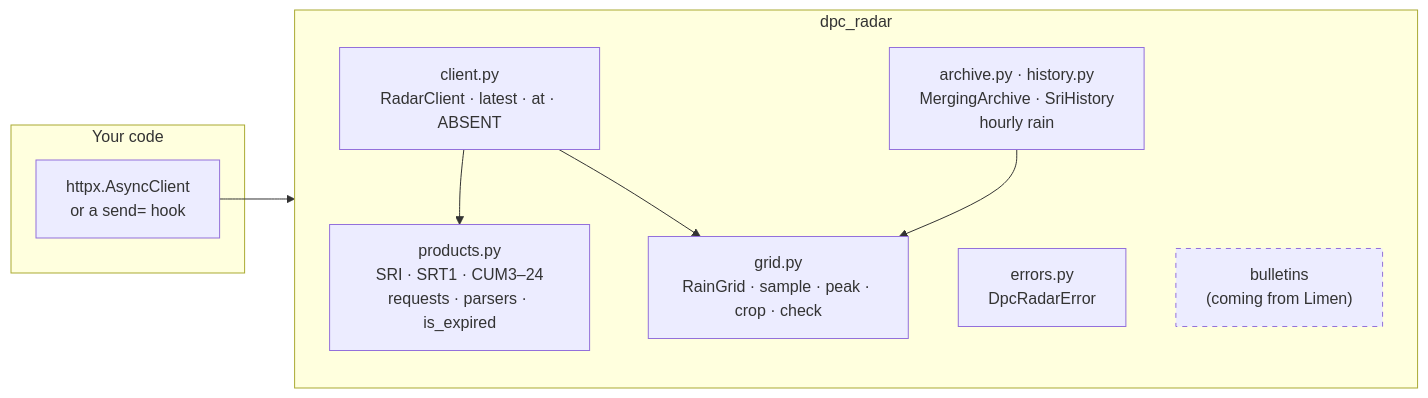
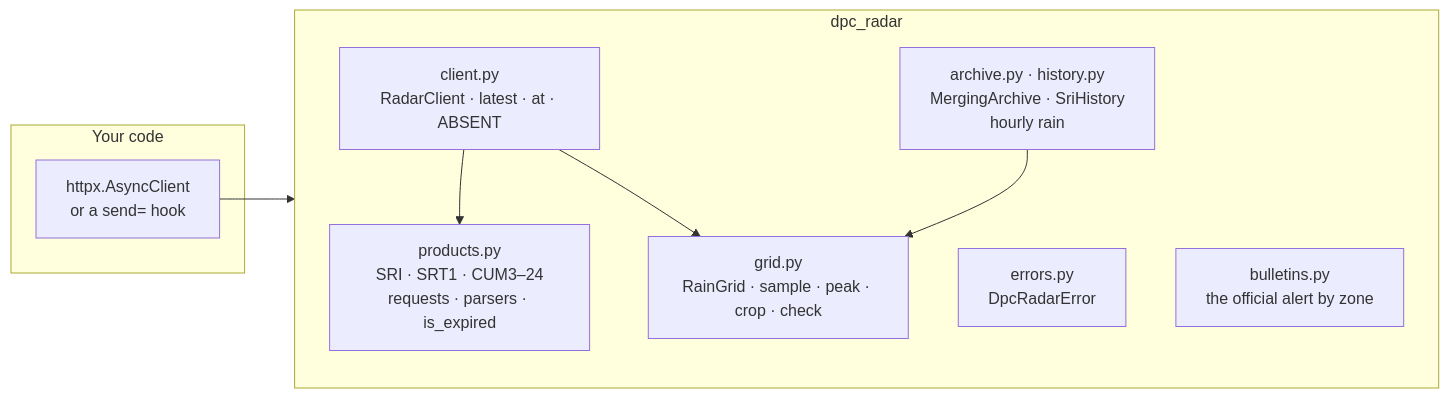
The fourth of 5 diagrams in README.md (LBCron/dpc-radar), drawn with Mermaid before and after one commit. The commit also changed other lines of this file and 9 other files, not shown here.

````diff
--- a/README.md
+++ b/README.md
@@ -349,20 +377,20 @@
 ```mermaid
 flowchart LR
     subgraph yours["Your code"]
         H["httpx.AsyncClient<br/>or a send= hook"]
     end
     subgraph lib["dpc_radar"]
         direction TB
         CL["client.py<br/>RadarClient · latest · at · ABSENT"]
         PR["products.py<br/>SRI · SRT1 · CUM3–24<br/>requests · parsers · is_expired"]
         GR["grid.py<br/>RainGrid · sample · peak · crop · check"]
         ER["errors.py<br/>DpcRadarError"]
         AR["archive.py · history.py<br/>MergingArchive · SriHistory<br/>hourly rain"]
-        NX["bulletins<br/>(coming from Limen)"]:::next
+        BU["bulletins.py<br/>the official alert by zone"]
     end
     H --> CL
     CL --> PR
     CL --> GR
     AR --> GR
     classDef next stroke-dasharray: 5 5
 ```
````
